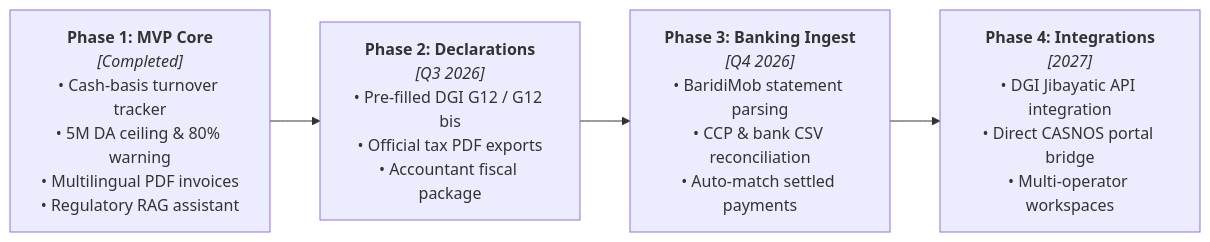
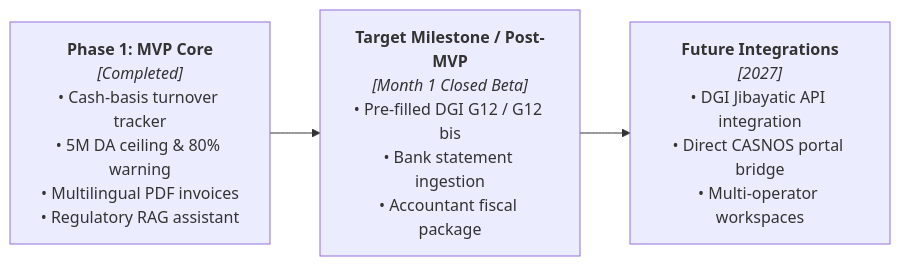
The seventh of 7 diagrams in README.md (AYA-BACHA/MoukawilOS), drawn with Mermaid before and after one commit. The commit also changed other lines of this file and 9 other files, not shown here.

````diff
--- a/README.md
+++ b/README.md
@@ -650,12 +656,10 @@
 ```mermaid
 flowchart LR
     P1["<strong>Phase 1: MVP Core</strong><br/><em>[Completed]</em><br/>• Cash-basis turnover tracker<br/>• 5M DA ceiling & 80% warning<br/>• Multilingual PDF invoices<br/>• Regulatory RAG assistant"]
     
-    P2["<strong>Phase 2: Declarations</strong><br/><em>[Q3 2026]</em><br/>• Pre-filled DGI G12 / G12 bis<br/>• Official tax PDF exports<br/>• Accountant fiscal package"]
+    P2["<strong>Target Milestone / Post-MVP</strong><br/><em>[Month 1 Closed Beta]</em><br/>• Pre-filled DGI G12 / G12 bis<br/>• Bank statement ingestion<br/>• Accountant fiscal package"]
     
-    P3["<strong>Phase 3: Banking Ingest</strong><br/><em>[Q4 2026]</em><br/>• BaridiMob statement parsing<br/>• CCP & bank CSV reconciliation<br/>• Auto-match settled payments"]
-    
-    P4["<strong>Phase 4: Integrations</strong><br/><em>[2027]</em><br/>• DGI Jibayatic API integration<br/>• Direct CASNOS portal bridge<br/>• Multi-operator workspaces"]
+    P3["<strong>Future Integrations</strong><br/><em>[2027]</em><br/>• DGI Jibayatic API integration<br/>• Direct CASNOS portal bridge<br/>• Multi-operator workspaces"]
 
-    P1 --> P2 --> P3 --> P4
+    P1 --> P2 --> P3
 ```
````
